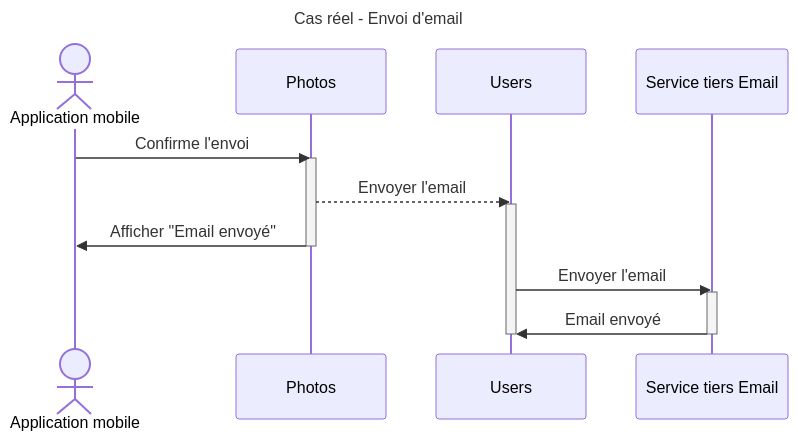
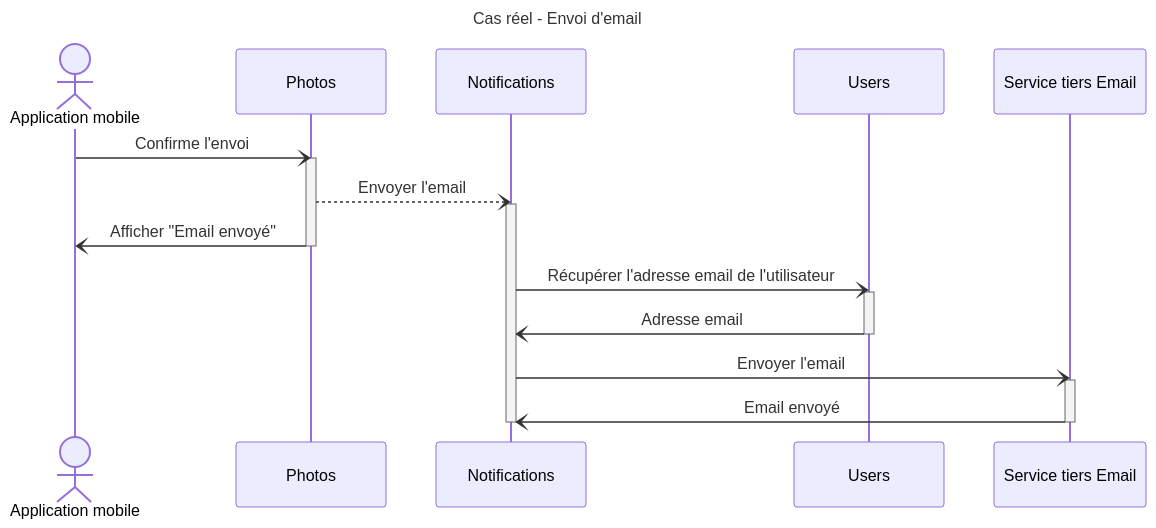
Before and after one commit to celinelouvet/async-and-events: the fourth of 4 diagrams in src/3-asynchrone.md, drawn with Mermaid. The commit also changed other lines of this file and 5 other files, not shown here.

````diff
--- a/src/3-asynchrone.md
+++ b/src/3-asynchrone.md
@@ -88,24 +137,32 @@
 ```mermaid
 ---
 title: Cas réel - Envoi d'email
 ---
 sequenceDiagram
     actor AM as Application mobile
     participant PS as Photos
+    participant NS as Notifications
     participant US as Users
     participant Email as Service tiers Email
 
 
-    AM->>PS: Confirme l'envoi
+    AM-)PS: Confirme l'envoi
     activate PS
-    PS-->>US: Envoyer l'email
-    activate US
-    PS->>AM: Afficher "Email envoyé"
+    PS--)NS: Envoyer l'email
+    activate NS
+    PS-)AM: Afficher "Email envoyé"
     deactivate PS
 
-    US->>Email: Envoyer l'email
+    NS-)US: Récupérer l'adresse email de l'utilisateur
+    activate US
+    US-)NS: Adresse email
+    deactivate US
+
+    NS-)Email: Envoyer l'email
     activate Email
-    Email->>US: Email envoyé
+    Email-)NS: Email envoyé
     deactivate Email
-    deactivate US
+
+
+    deactivate NS
 ```
````
